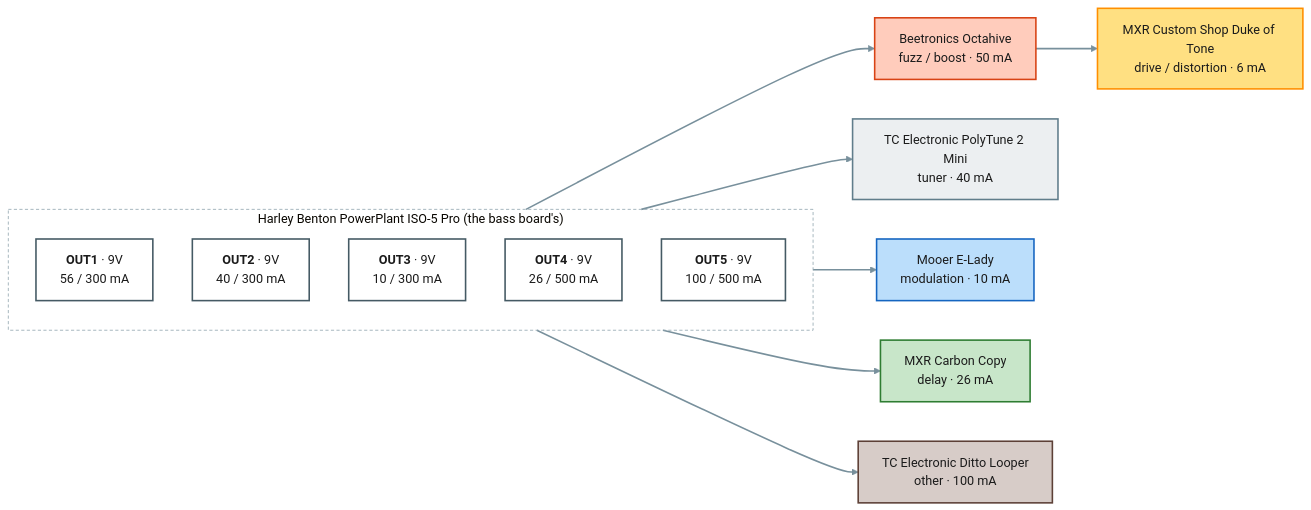
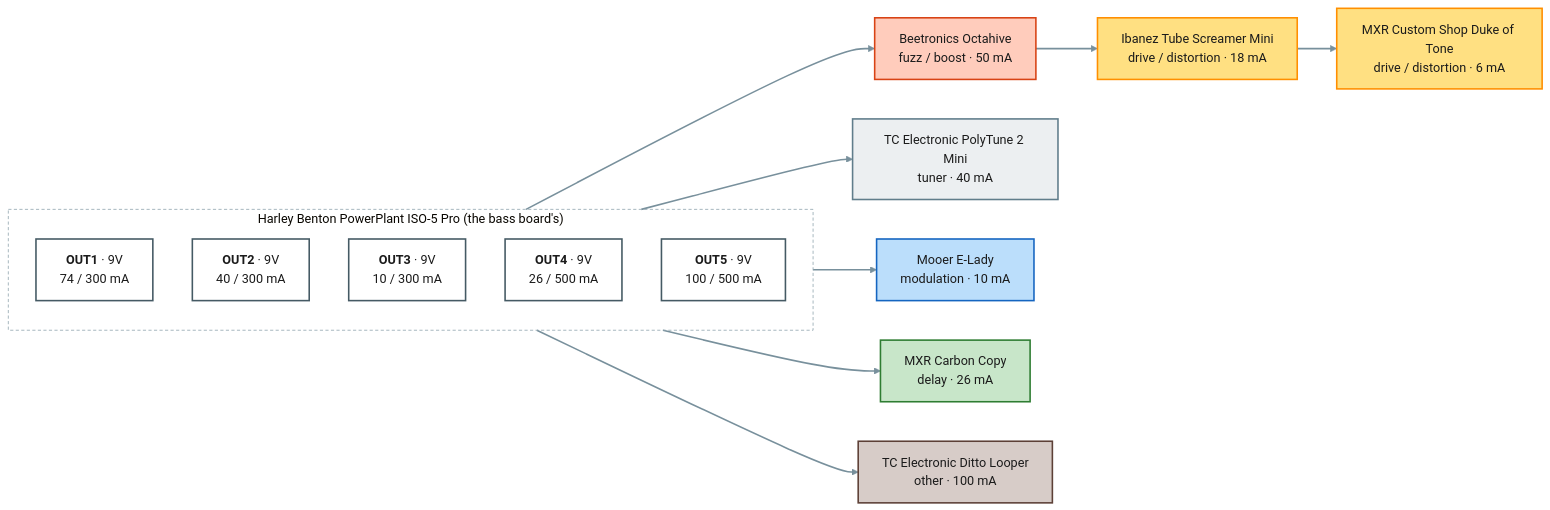
Before and after one commit to pedroacvieira/pedalboard: the diagram in projects/guitar-practice/power.mmd, drawn with Mermaid (base theme). The commit also changed 22 other files, not shown here.

Commit message:
Layouts of all three boards; bass on the XPND 1 + extension with the MXR Bass Envelope Filter and Bass Chorus Deluxe; practice with the Tube Screamer Mini; owner's jacks and footswitches

```diff
--- a/projects/guitar-practice/power.mmd
+++ b/projects/guitar-practice/power.mmd
@@ -1,32 +1,34 @@
 flowchart LR
     subgraph psu1["Harley Benton PowerPlant ISO-5 Pro (the bass board's)"]
         direction TB
-        psu1_OUT1["<b>OUT1</b> · 9V<br/>56 / 300 mA"]:::out9
+        psu1_OUT1["<b>OUT1</b> · 9V<br/>74 / 300 mA"]:::out9
         psu1_OUT2["<b>OUT2</b> · 9V<br/>40 / 300 mA"]:::out9
         psu1_OUT3["<b>OUT3</b> · 9V<br/>10 / 300 mA"]:::out9
         psu1_OUT4["<b>OUT4</b> · 9V<br/>26 / 500 mA"]:::out9
         psu1_OUT5["<b>OUT5</b> · 9V<br/>100 / 500 mA"]:::out9
     end
     octahive["Beetronics Octahive<br/>fuzz / boost · 50 mA"]:::c_fuzz___boost
+    ibanez_ts_mini["Ibanez Tube Screamer Mini<br/>drive / distortion · 18 mA"]:::c_drive___distortion
     duke_of_tone["MXR Custom Shop Duke of Tone<br/>drive / distortion · 6 mA"]:::c_drive___distortion
     polytune_2_mini["TC Electronic PolyTune 2 Mini<br/>tuner · 40 mA"]:::c_tuner
     e_lady["Mooer E-Lady<br/>modulation · 10 mA"]:::c_modulation
     carbon_copy["MXR Carbon Copy<br/>delay · 26 mA"]:::c_delay
     ditto_looper["TC Electronic Ditto Looper<br/>other · 100 mA"]:::c_other
     psu1_OUT1 --> octahive
-    octahive --> duke_of_tone
+    octahive --> ibanez_ts_mini
+    ibanez_ts_mini --> duke_of_tone
     psu1_OUT2 --> polytune_2_mini
     psu1_OUT3 --> e_lady
     psu1_OUT4 --> carbon_copy
     psu1_OUT5 --> ditto_looper
     classDef out9 fill:#ffffff,stroke:#455a64,stroke-width:2px,color:#1b1b1b
     classDef out18 fill:#ffffff,stroke:#d84315,stroke-width:3px,color:#1b1b1b
     classDef spare fill:#fafafa,stroke:#9e9e9e,stroke-dasharray:4 3,color:#757575
     classDef c_tuner fill:#eceff1,stroke:#607d8b,stroke-width:2px,color:#1b1b1b
     classDef c_fuzz___boost fill:#ffccbc,stroke:#d84315,stroke-width:2px,color:#1b1b1b
     classDef c_drive___distortion fill:#ffe082,stroke:#ff8f00,stroke-width:2px,color:#1b1b1b
     classDef c_modulation fill:#bbdefb,stroke:#1565c0,stroke-width:2px,color:#1b1b1b
     classDef c_delay fill:#c8e6c9,stroke:#2e7d32,stroke-width:2px,color:#1b1b1b
     classDef c_other fill:#d7ccc8,stroke:#5d4037,stroke-width:2px,color:#1b1b1b
     style psu1 fill:none,stroke:#90a4ae,stroke-dasharray:4 3
     linkStyle default stroke:#78909c,stroke-width:2px
```
